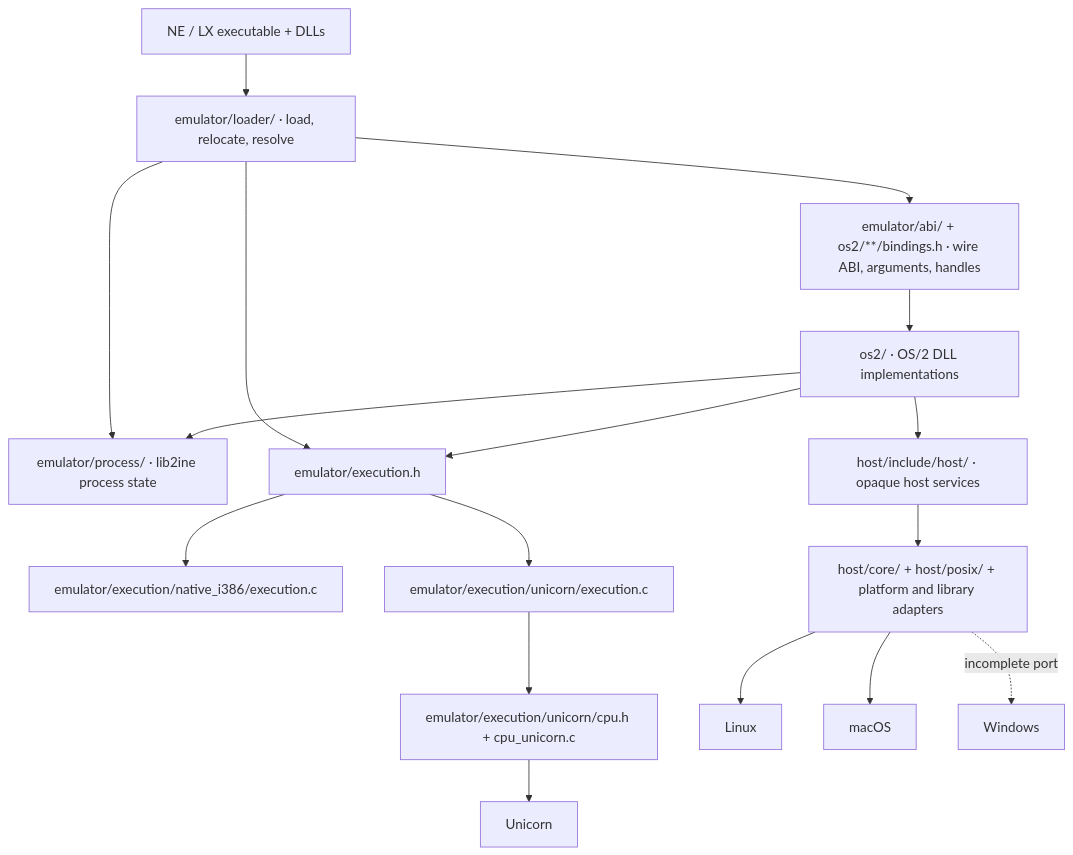
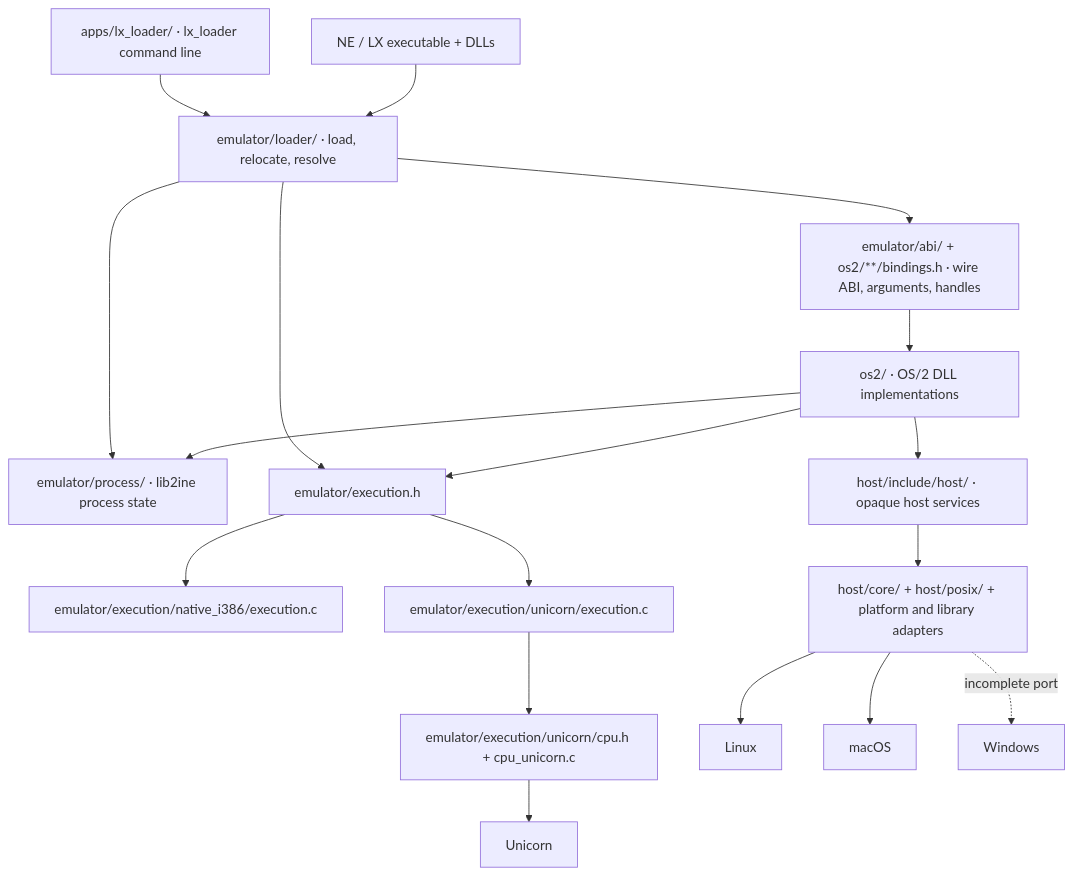
Before and after one commit to bitwisecook/2ine: the first of 9 diagrams in docs/architecture.md, drawn with Mermaid. The commit also changed other lines of this file and 4 other files, not shown here.

````diff
--- a/docs/architecture.md
+++ b/docs/architecture.md
@@ -9,18 +9,19 @@
 ```mermaid
 flowchart TD
+    Program["apps/lx_loader/ · lx_loader command line"] --> Loader
     Image["NE / LX executable + DLLs"] --> Loader["emulator/loader/ · load, relocate, resolve"]
     Loader --> Process["emulator/process/ · lib2ine process state"]
     Loader --> Guest["emulator/abi/ + os2/**/bindings.h · wire ABI, arguments, handles"]
     Guest --> APIs["os2/ · OS/2 DLL implementations"]
     APIs --> Process
     Loader --> Execution["emulator/execution.h"]
     APIs --> Execution
     Execution --> Native["emulator/execution/native_i386/execution.c"]
     Execution --> Emulator["emulator/execution/unicorn/execution.c"]
     Emulator --> CPU["emulator/execution/unicorn/cpu.h + cpu_unicorn.c"] --> Unicorn["Unicorn"]
     APIs --> Host["host/include/host/ · opaque host services"]
     Host --> Adapters["host/core/ + host/posix/ + platform and library adapters"]
     Adapters --> Linux["Linux"]
     Adapters --> Mac["macOS"]
     Adapters -. incomplete port .-> Windows["Windows"]
 ```
````
